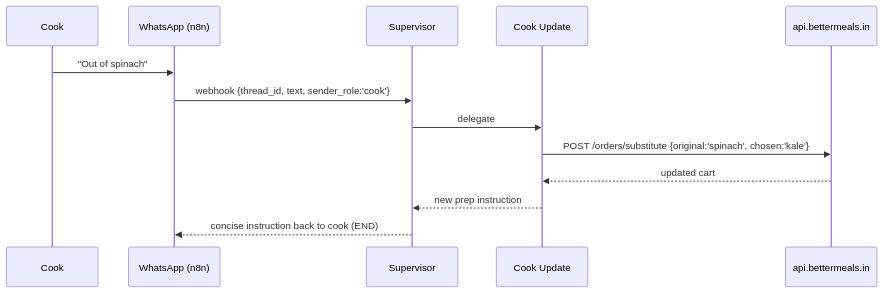
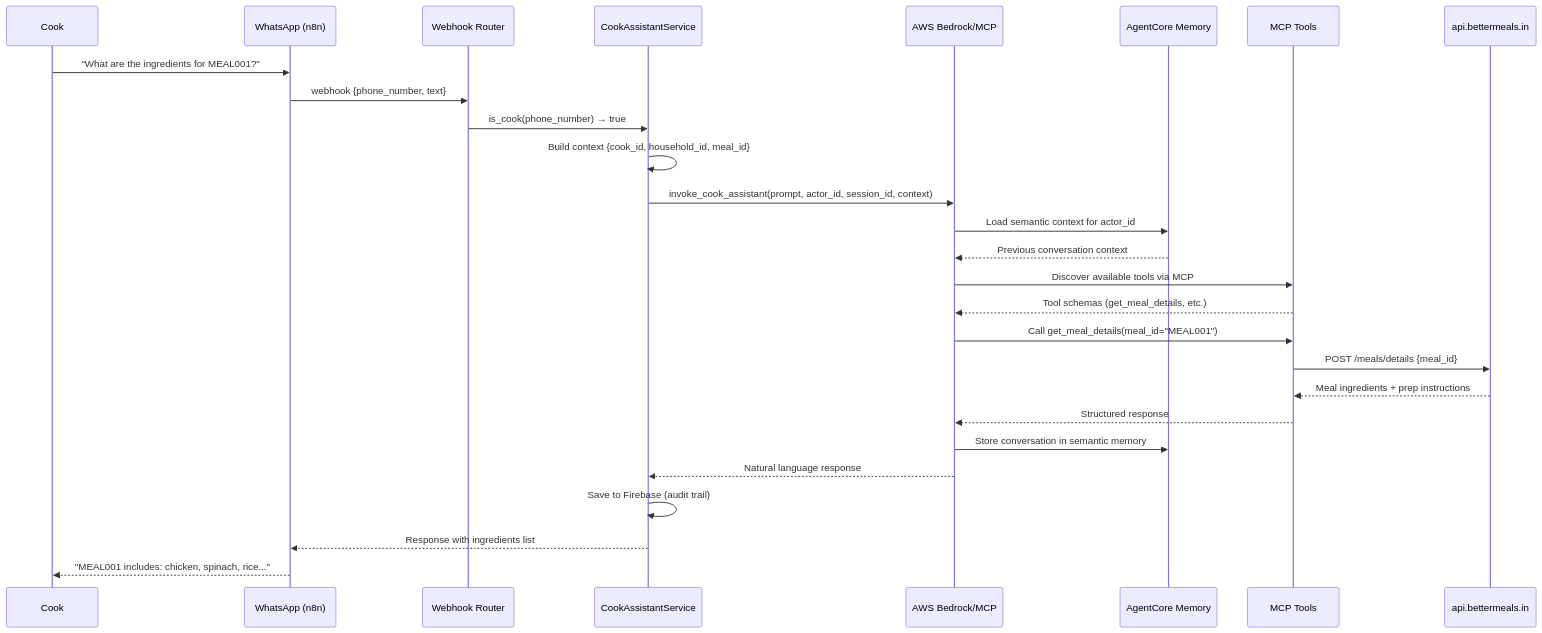
One commit to AaradhyaSaxena/bettermeals-agent changed the second of 2 diagrams in README.md. Above: the diagram before and after it, drawn with Mermaid. The commit also changed other lines of this file and 1 other file, not shown here.

````diff
--- a/README.md
+++ b/README.md
@@ -269,16 +292,30 @@
 ```mermaid
 sequenceDiagram
   participant Cook
   participant WA as WhatsApp (n8n)
-  participant Sup as Supervisor
-  participant CK as Cook Update
+  participant Webhook as Webhook Router
+  participant CAS as CookAssistantService
+  participant Bedrock as AWS Bedrock/MCP
+  participant Memory as AgentCore Memory
+  participant Tools as MCP Tools
   participant API as api.bettermeals.in
 
-  Cook->>WA: "Out of spinach"
-  WA->>Sup: webhook {thread_id, text, sender_role:'cook'}
-  Sup->>CK: delegate
-  CK->>API: POST /orders/substitute {original:'spinach', chosen:'kale'}
-  API-->>CK: updated cart
-  CK-->>Sup: new prep instruction
-  Sup-->>WA: concise instruction back to cook (END)
+  Cook->>WA: "What are the ingredients for MEAL001?"
+  WA->>Webhook: webhook {phone_number, text}
+  Webhook->>CAS: is_cook(phone_number) → true
+  CAS->>CAS: Build context {cook_id, household_id, meal_id}
+  CAS->>Bedrock: invoke_cook_assistant(prompt, actor_id, session_id, context)
+  Bedrock->>Memory: Load semantic context for actor_id
+  Memory-->>Bedrock: Previous conversation context
+  Bedrock->>Tools: Discover available tools via MCP
+  Tools-->>Bedrock: Tool schemas (get_meal_details, etc.)
+  Bedrock->>Tools: Call get_meal_details(meal_id="MEAL001")
+  Tools->>API: POST /meals/details {meal_id}
+  API-->>Tools: Meal ingredients + prep instructions
+  Tools-->>Bedrock: Structured response
+  Bedrock->>Memory: Store conversation in semantic memory
+  Bedrock-->>CAS: Natural language response
+  CAS->>CAS: Save to Firebase (audit trail)
+  CAS-->>WA: Response with ingredients list
+  WA-->>Cook: "MEAL001 includes: chicken, spinach, rice..."
 ```
````
